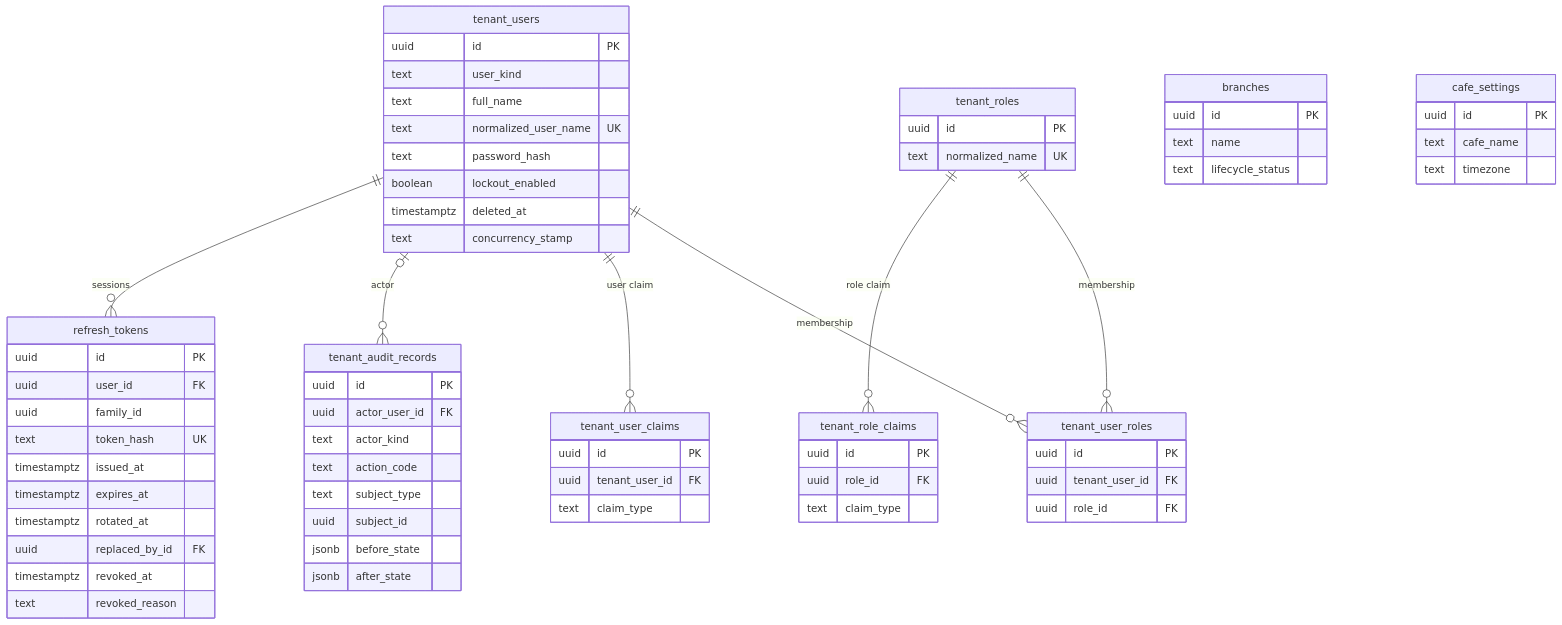
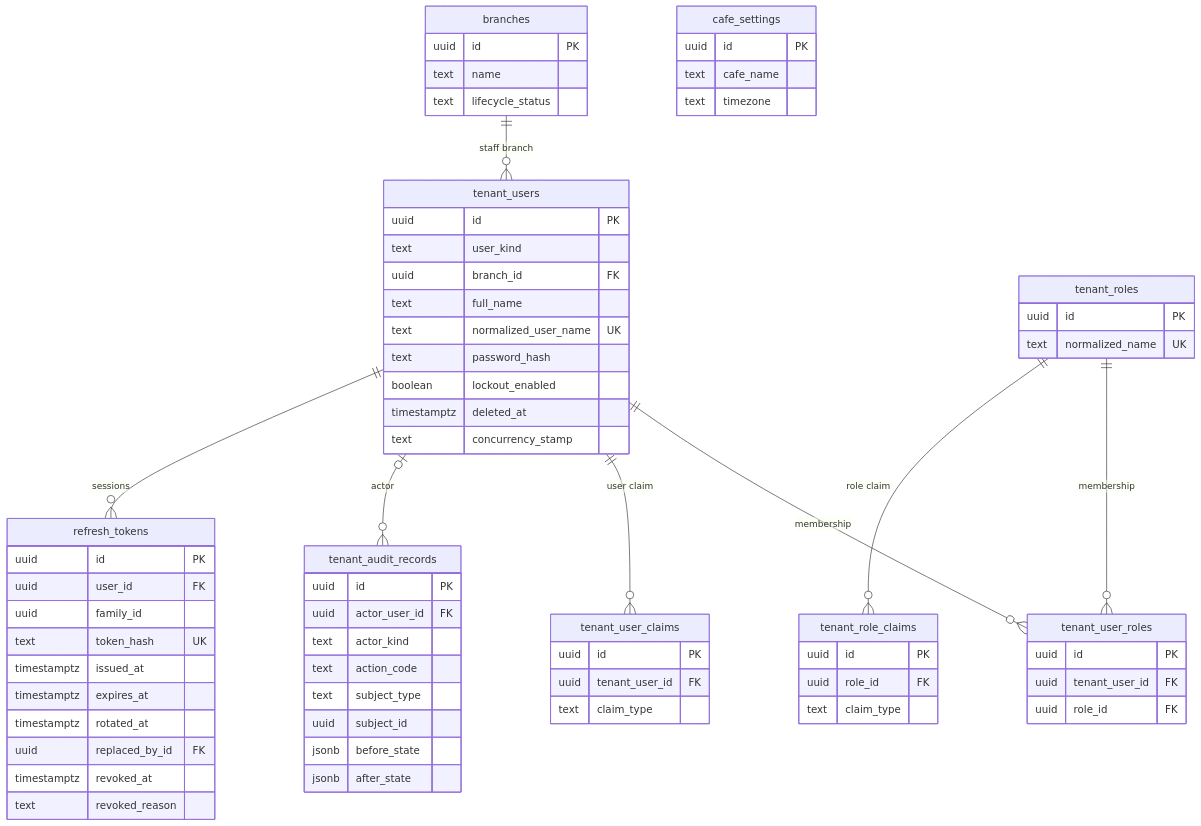
Before and after one commit to Cafe-Sass/CafeHub-Backend: the diagram in architecture/erd-tenant.md, drawn with Mermaid. The commit also changed other lines of this file, not shown here.

First line of the commit message:
docs(architecture): document staff branch_id column in erd-tenant.md

````diff
--- a/architecture/erd-tenant.md
+++ b/architecture/erd-tenant.md
@@ -11,70 +11,72 @@
 ```mermaid
 erDiagram
     tenant_users {
         uuid id PK
         text user_kind
+        uuid branch_id FK
         text full_name
         text normalized_user_name UK
         text password_hash
         boolean lockout_enabled
         timestamptz deleted_at
         text concurrency_stamp
     }
     tenant_roles {
         uuid id PK
         text normalized_name UK
     }
     tenant_user_roles {
         uuid id PK
         uuid tenant_user_id FK
         uuid role_id FK
     }
     tenant_user_claims {
         uuid id PK
         uuid tenant_user_id FK
         text claim_type
     }
     tenant_role_claims {
         uuid id PK
         uuid role_id FK
         text claim_type
     }
     branches {
         uuid id PK
         text name
         text lifecycle_status
     }
     cafe_settings {
         uuid id PK
         text cafe_name
         text timezone
     }
     tenant_audit_records {
         uuid id PK
         uuid actor_user_id FK
         text actor_kind
         text action_code
         text subject_type
         uuid subject_id
         jsonb before_state
         jsonb after_state
     }
     refresh_tokens {
         uuid id PK
         uuid user_id FK
         uuid family_id
         text token_hash UK
         timestamptz issued_at
         timestamptz expires_at
         timestamptz rotated_at
         uuid replaced_by_id FK
         timestamptz revoked_at
         text revoked_reason
     }
     tenant_users ||--o{ tenant_user_roles : "membership"
     tenant_roles ||--o{ tenant_user_roles : "membership"
     tenant_users ||--o{ tenant_user_claims : "user claim"
     tenant_roles ||--o{ tenant_role_claims : "role claim"
     tenant_users |o--o{ tenant_audit_records : "actor"
     tenant_users ||--o{ refresh_tokens : "sessions"
+    branches ||--o{ tenant_users : "staff branch"
 ```
````
